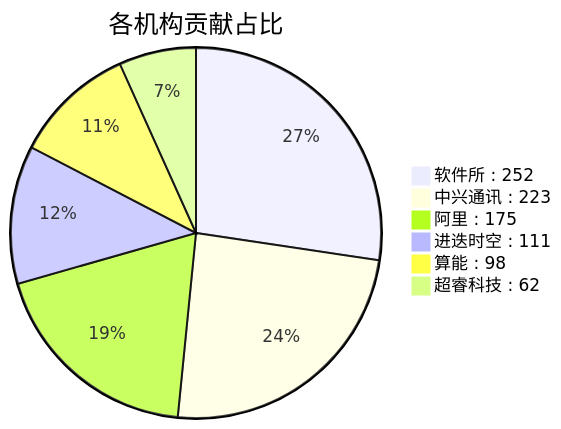
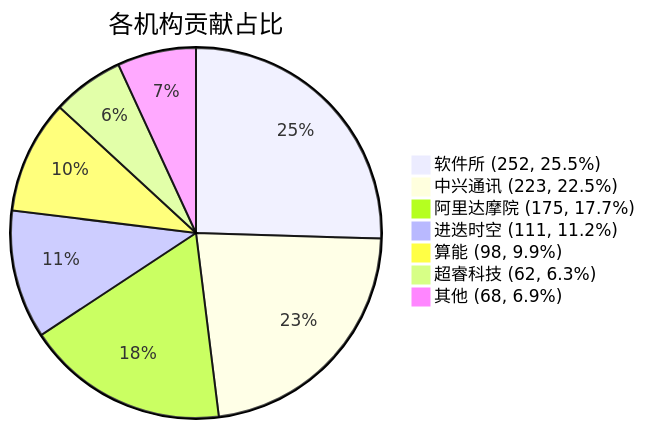
One commit to RVCK-Project/rvck changed the diagram in docs/index.md. Above: the diagram before and after it, drawn with Mermaid. The commit also changed other lines of this file and 8 other files, not shown here.

````diff
--- a/docs/index.md
+++ b/docs/index.md
@@ -31,9 +31,10 @@
 ```mermaid
 pie title 各机构贡献占比
-    "软件所 : 252" : 252
-    "中兴通讯 : 223" : 223
-    "阿里 : 175" : 175
-    "进迭时空 : 111" : 111
-    "算能 : 98" : 98
-    "超睿科技 : 62" : 62
+    "软件所 (252, 25.5%)" : 252
+    "中兴通讯 (223, 22.5%)" : 223
+    "阿里达摩院 (175, 17.7%)" : 175
+    "进迭时空 (111, 11.2%)" : 111
+    "算能 (98, 9.9%)" : 98
+    "超睿科技 (62, 6.3%)" : 62
+    "其他 (68, 6.9%)" : 68
 ```
````
